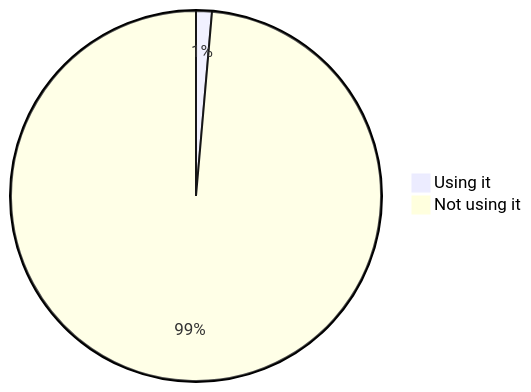
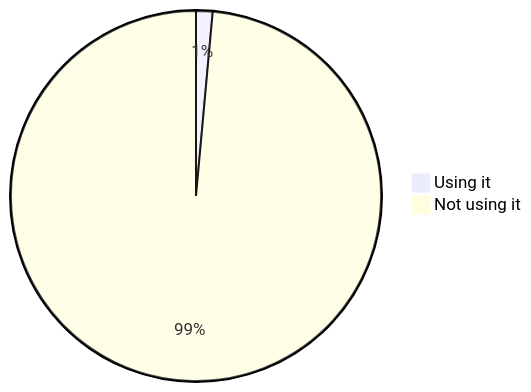
The eighth of 22 diagrams in stats.md (oshp/oshp-stats), drawn with Mermaid before and after one commit. The commit also changed other lines of this file, not shown here.

````diff
--- a/stats.md
+++ b/stats.md
@@ -94,6 +94,6 @@
 ```mermaid
 pie
-	"Using it" : 1.38
-	"Not using it" : 98.62
+	"Using it" : 1.44
+	"Not using it" : 98.56
 
 ```
````
